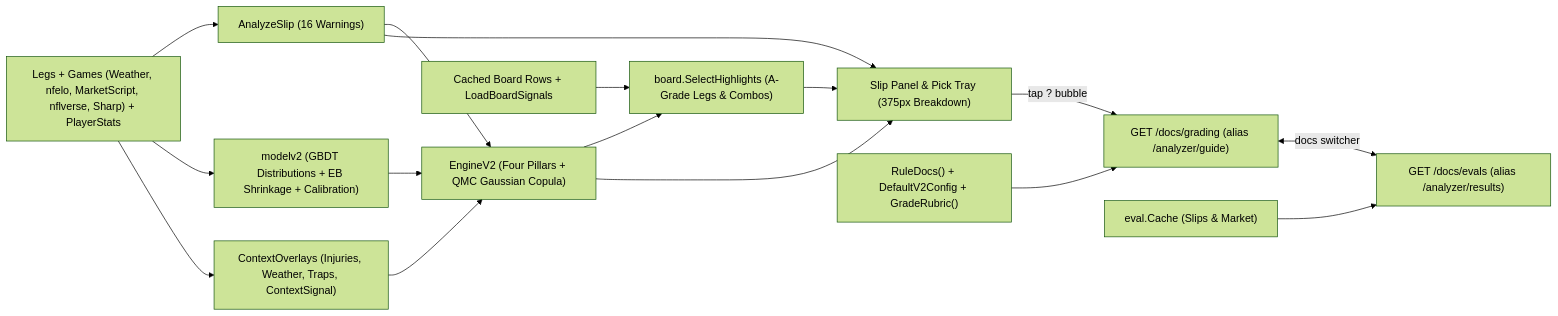
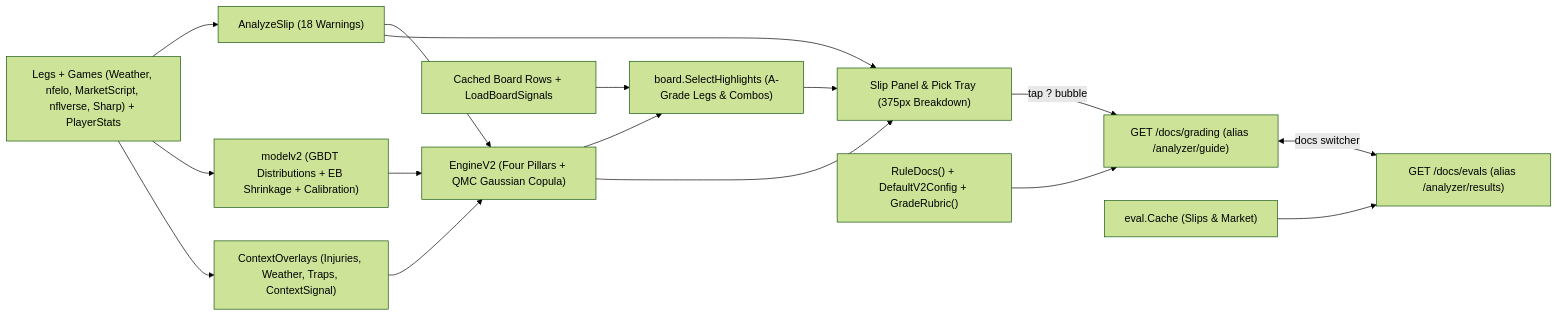
One commit to kalverra/parlay-club changed the diagram in docs/concepts/analyzer.md. Above: the diagram before and after it, drawn with Mermaid (forest theme). The commit also changed other lines of this file and 3 other files, not shown here.

````diff
--- a/docs/concepts/analyzer.md
+++ b/docs/concepts/analyzer.md
@@ -24,18 +24,18 @@
 ```mermaid
 flowchart LR
-  Inputs["Legs + Games (Weather, nfelo, MarketScript, nflverse, Sharp) + PlayerStats"] --> Rules["AnalyzeSlip (16 Warnings)"]
+  Inputs["Legs + Games (Weather, nfelo, MarketScript, nflverse, Sharp) + PlayerStats"] --> Rules["AnalyzeSlip (18 Warnings)"]
   Inputs --> ModelV2["modelv2 (GBDT Distributions + EB Shrinkage + Calibration)"]
   Inputs --> Overlays["ContextOverlays (Injuries, Weather, Traps, ContextSignal)"]
   ModelV2 --> EngineV2["EngineV2 (Four Pillars + QMC Gaussian Copula)"]
   Overlays --> EngineV2
   Rules --> EngineV2
   Board["Cached Board Rows + LoadBoardSignals"] --> Highlights["board.SelectHighlights (A-Grade Legs & Combos)"]
   EngineV2 --> Highlights
   Rules --> UI["Slip Panel & Pick Tray (375px Breakdown)"]
   EngineV2 --> UI
   Highlights --> UI
   UI -->|"tap ? bubble"| Guide["GET /docs/grading (alias /analyzer/guide)"]
   Guide <-->|"docs switcher"| Results["GET /docs/evals (alias /analyzer/results)"]
   EngineDocs["RuleDocs() + DefaultV2Config + GradeRubric()"] --> Guide
   Cache["eval.Cache (Slips & Market)"] --> Results
 ```
````
